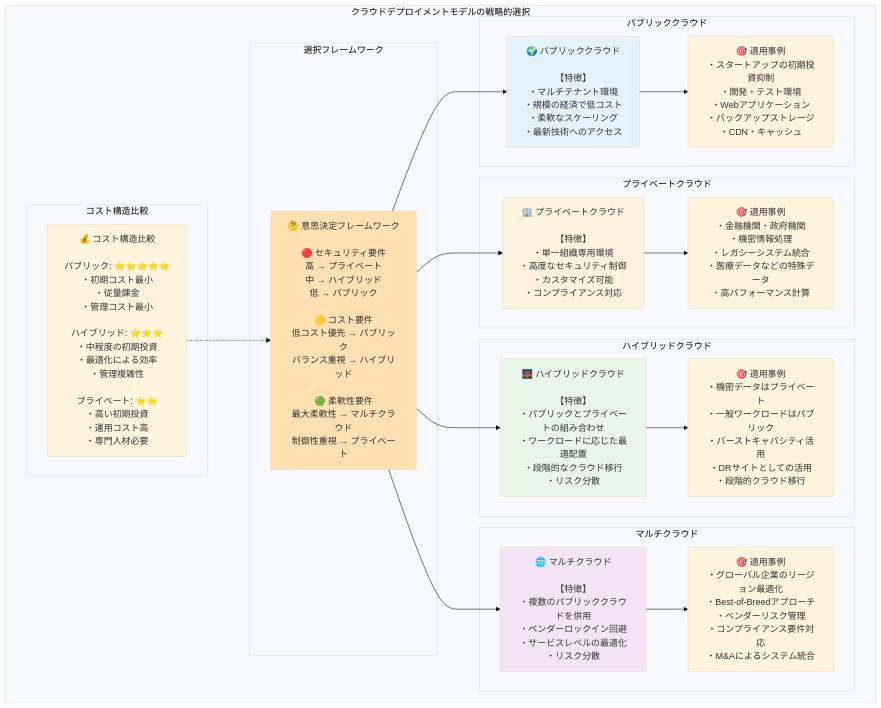
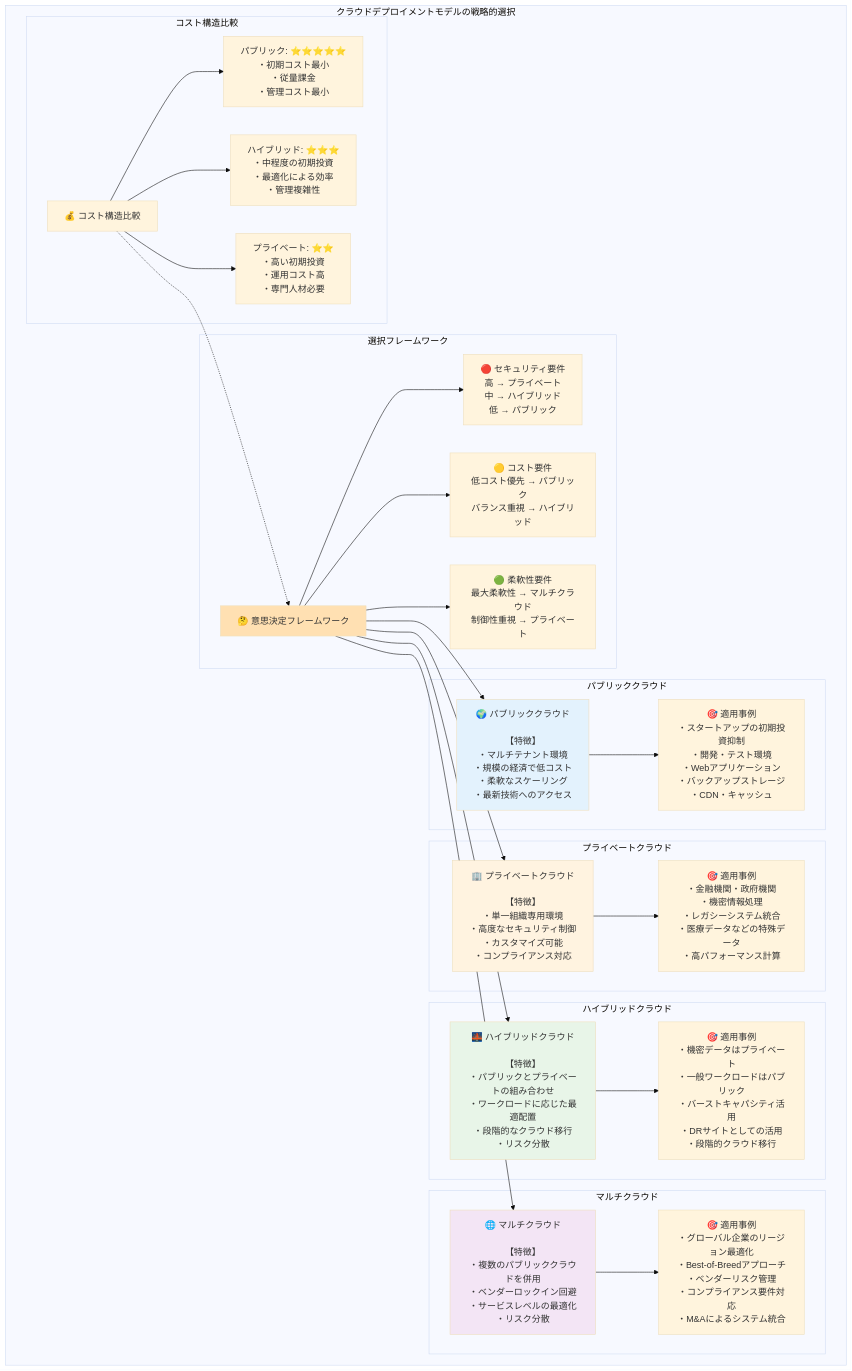
Before and after one commit to itdojp/cloud-infra-book: the first of 2 diagrams in src/chapter-chapter01/index.md, drawn with Mermaid (base theme).

Commit message:
docs: Mermaid図の分割で長行レイアウト崩れを回避 (#122)
* docs: Mermaid図の分割で長行レイアウト崩れを回避

* docs: Mermaidのインデントをスペースに統一

* docs: normalize mermaid indentation

````diff
--- a/src/chapter-chapter01/index.md
+++ b/src/chapter-chapter01/index.md
@@ -100,50 +100,62 @@
 ```mermaid
 flowchart TD
     subgraph "クラウドデプロイメントモデルの戦略的選択"
         subgraph "パブリッククラウド"
             Public["🌍 パブリッククラウド<br/><br/>【特徴】<br/>・マルチテナント環境<br/>・規模の経済で低コスト<br/>・柔軟なスケーリング<br/>・最新技術へのアクセス"]
             PublicUse["🎯 適用事例<br/>・スタートアップの初期投資抑制<br/>・開発・テスト環境<br/>・Webアプリケーション<br/>・バックアップストレージ<br/>・CDN・キャッシュ"]
         end
         
         subgraph "プライベートクラウド"
             Private["🏢 プライベートクラウド<br/><br/>【特徴】<br/>・単一組織専用環境<br/>・高度なセキュリティ制御<br/>・カスタマイズ可能<br/>・コンプライアンス対応"]
             PrivateUse["🎯 適用事例<br/>・金融機関・政府機関<br/>・機密情報処理<br/>・レガシーシステム統合<br/>・医療データなどの特殊データ<br/>・高パフォーマンス計算"]
         end
         
         subgraph "ハイブリッドクラウド"
             Hybrid["🌉 ハイブリッドクラウド<br/><br/>【特徴】<br/>・パブリックとプライベートの組み合わせ<br/>・ワークロードに応じた最適配置<br/>・段階的なクラウド移行<br/>・リスク分散"]
             HybridUse["🎯 適用事例<br/>・機密データはプライベート<br/>・一般ワークロードはパブリック<br/>・バーストキャパシティ活用<br/>・DRサイトとしての活用<br/>・段階的クラウド移行"]
         end
         
         subgraph "マルチクラウド"
             Multi["🌐 マルチクラウド<br/><br/>【特徴】<br/>・複数のパブリッククラウドを併用<br/>・ベンダーロックイン回避<br/>・サービスレベルの最適化<br/>・リスク分散"]
             MultiUse["🎯 適用事例<br/>・グローバル企業のリージョン最適化<br/>・Best-of-Breedアプローチ<br/>・ベンダーリスク管理<br/>・コンプライアンス要件対応<br/>・M&Aによるシステム統合"]
         end
         
         subgraph "選択フレームワーク"
-            Decision["🤔 意思決定フレームワーク<br/><br/>🔴 セキュリティ要件<br/>高 → プライベート<br/>中 → ハイブリッド<br/>低 → パブリック<br/><br/>🟡 コスト要件<br/>低コスト優先 → パブリック<br/>バランス重視 → ハイブリッド<br/><br/>🟢 柔軟性要件<br/>最大柔軟性 → マルチクラウド<br/>制御性重視 → プライベート"]
+            Decision["🤔 意思決定フレームワーク"]
+            SecurityReq["🔴 セキュリティ要件<br/>高 → プライベート<br/>中 → ハイブリッド<br/>低 → パブリック"]
+            CostReq["🟡 コスト要件<br/>低コスト優先 → パブリック<br/>バランス重視 → ハイブリッド"]
+            FlexReq["🟢 柔軟性要件<br/>最大柔軟性 → マルチクラウド<br/>制御性重視 → プライベート"]
         end
         
         subgraph "コスト構造比較"
-            CostComparison["💰 コスト構造比較<br/><br/>パブリック: ⭐⭐⭐⭐⭐<br/>・初期コスト最小<br/>・従量課金<br/>・管理コスト最小<br/><br/>ハイブリッド: ⭐⭐⭐<br/>・中程度の初期投資<br/>・最適化による効率<br/>・管理複雑性<br/><br/>プライベート: ⭐⭐<br/>・高い初期投資<br/>・運用コスト高<br/>・専門人材必要"]
+            CostComparison["💰 コスト構造比較"]
+            PublicCost["パブリック: ⭐⭐⭐⭐⭐<br/>・初期コスト最小<br/>・従量課金<br/>・管理コスト最小"]
+            HybridCost["ハイブリッド: ⭐⭐⭐<br/>・中程度の初期投資<br/>・最適化による効率<br/>・管理複雑性"]
+            PrivateCost["プライベート: ⭐⭐<br/>・高い初期投資<br/>・運用コスト高<br/>・専門人材必要"]
         end
         
         Decision --> Public
         Decision --> Private
         Decision --> Hybrid
         Decision --> Multi
+        Decision --> SecurityReq
+        Decision --> CostReq
+        Decision --> FlexReq
         
         Public --> PublicUse
         Private --> PrivateUse
         Hybrid --> HybridUse
         Multi --> MultiUse
         
+        CostComparison --> PublicCost
+        CostComparison --> HybridCost
+        CostComparison --> PrivateCost
         CostComparison -.-> Decision
-    end
+        end
     
     style Public fill:#e3f2fd
     style Private fill:#fff3e0
     style Hybrid fill:#e8f5e8
     style Multi fill:#f3e5f5
     style Decision fill:#ffe0b2
 ```
````
